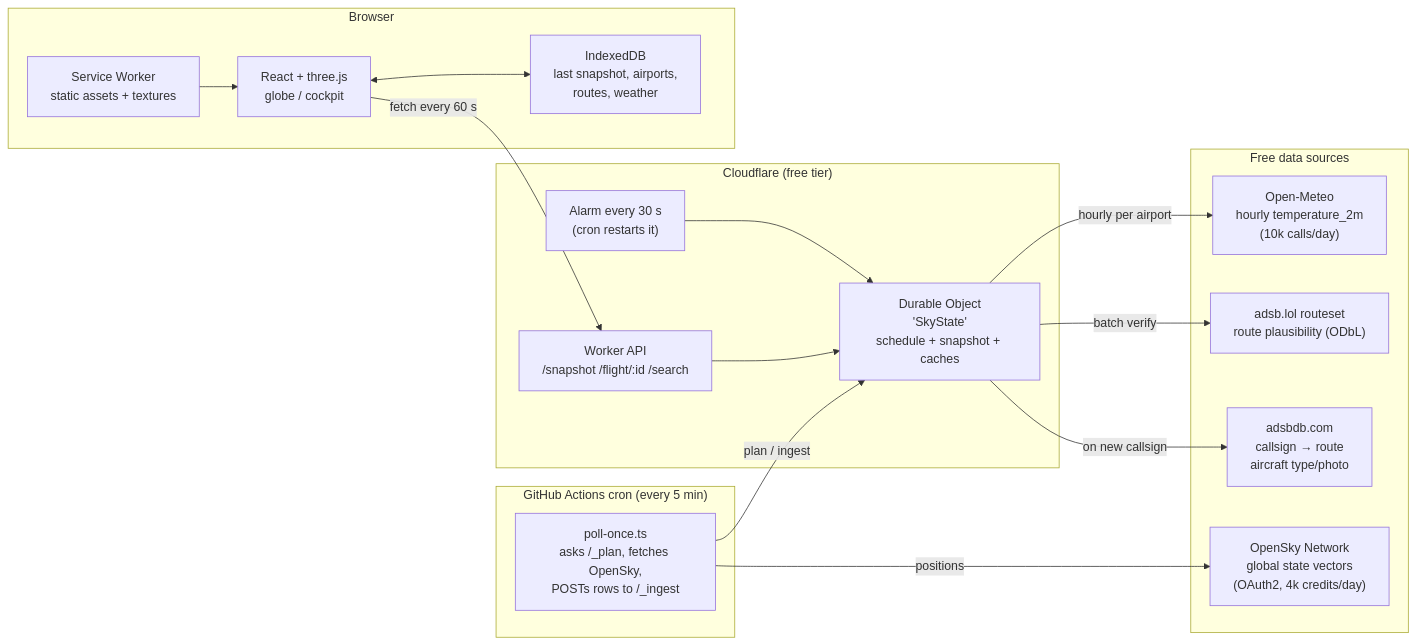
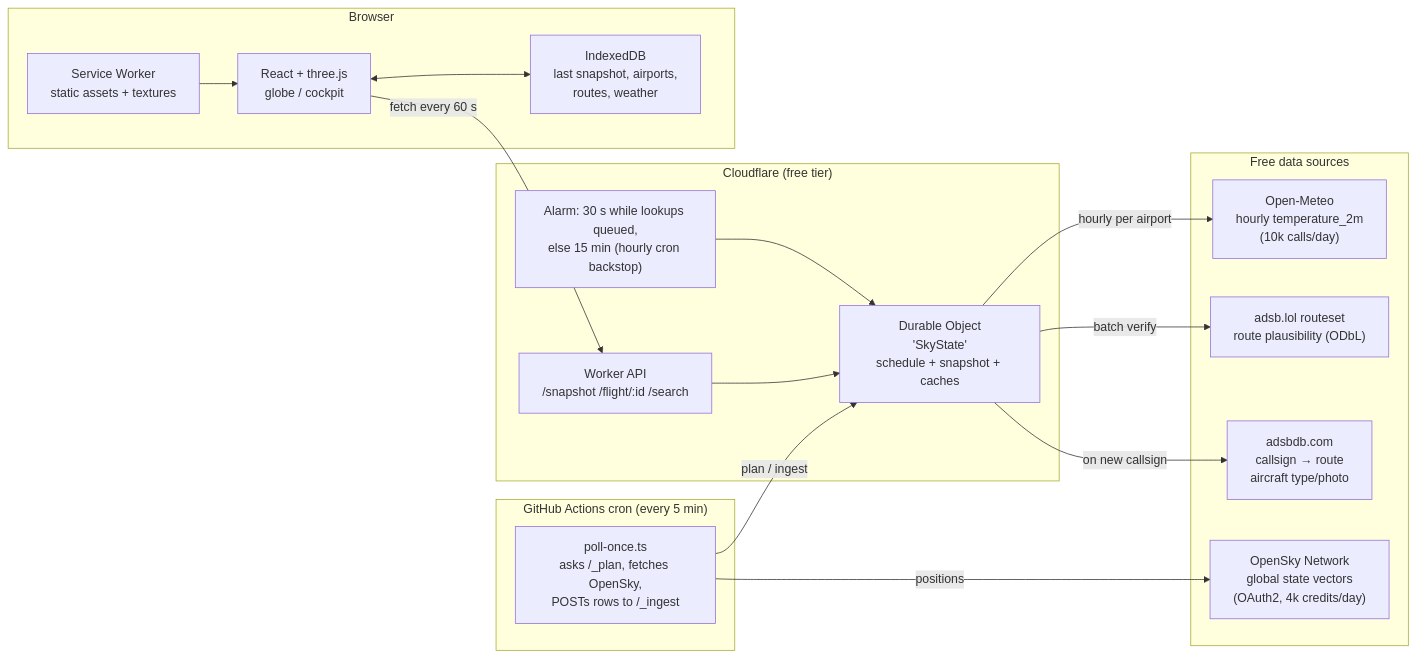
One commit to brandonIsTall/flightflux changed the first of 5 diagrams in docs/PLAN.md. Above: the diagram before and after it, drawn with Mermaid. The commit also changed other lines of this file and 14 other files, not shown here.

````diff
--- a/docs/PLAN.md
+++ b/docs/PLAN.md
@@ -38,36 +38,36 @@
 ```mermaid
 flowchart LR
   subgraph Sources["Free data sources"]
     OS["OpenSky Network<br/>global state vectors<br/>(OAuth2, 4k credits/day)"]
     DB["adsbdb.com<br/>callsign → route<br/>aircraft type/photo"]
     LOL["adsb.lol routeset<br/>route plausibility (ODbL)"]
     OM["Open-Meteo<br/>hourly temperature_2m<br/>(10k calls/day)"]
   end
 
   subgraph Poller["GitHub Actions cron (every 5 min)"]
     GH["poll-once.ts<br/>asks /_plan, fetches OpenSky,<br/>POSTs rows to /_ingest"]
   end
 
   subgraph Edge["Cloudflare (free tier)"]
-    CRON["Alarm every 30 s<br/>(cron restarts it)"]
+    CRON["Alarm: 30 s while lookups queued,<br/>else 15 min (hourly cron backstop)"]
     DO["Durable Object<br/>'SkyState'<br/>schedule + snapshot + caches"]
     API["Worker API<br/>/snapshot  /flight/:id  /search"]
   end
 
   subgraph Client["Browser"]
     SW["Service Worker<br/>static assets + textures"]
     IDB["IndexedDB<br/>last snapshot, airports,<br/>routes, weather"]
     APP["React + three.js<br/>globe / cockpit"]
   end
 
   CRON --> DO
   GH -- positions --> OS
   GH -- plan / ingest --> DO
   DO -- on new callsign --> DB
   DO -- batch verify --> LOL
   DO -- hourly per airport --> OM
   API --> DO
   APP -- fetch every 60 s --> API
   APP <--> IDB
   SW --> APP
 ```
````
